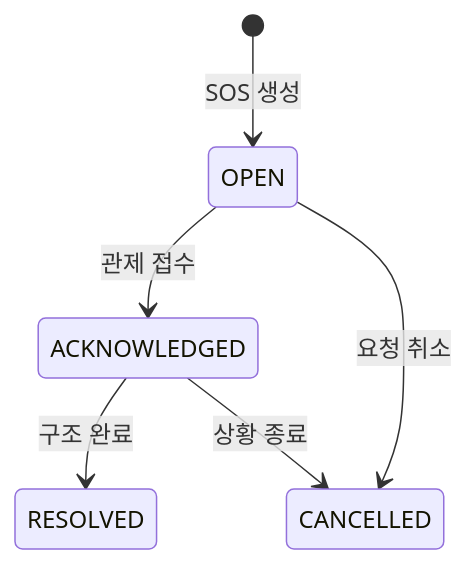
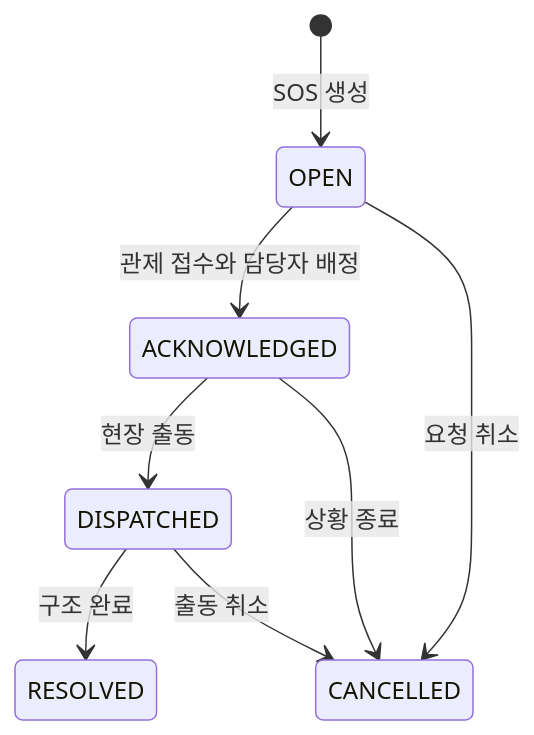
Before and after one commit to xweoze/real-time-monitoring-system: the tenth of 11 diagrams in Design_22212023_김지훈.md, drawn with Mermaid. The commit also changed other lines of this file and 38 other files, not shown here.

````diff
--- a/Design_22212023_김지훈.md
+++ b/Design_22212023_김지훈.md
@@ -415,8 +452,10 @@
 ```mermaid
 stateDiagram-v2
     [*] --> OPEN: SOS 생성
-    OPEN --> ACKNOWLEDGED: 관제 접수
-    ACKNOWLEDGED --> RESOLVED: 구조 완료
+    OPEN --> ACKNOWLEDGED: 관제 접수와 담당자 배정
+    ACKNOWLEDGED --> DISPATCHED: 현장 출동
+    DISPATCHED --> RESOLVED: 구조 완료
     OPEN --> CANCELLED: 요청 취소
     ACKNOWLEDGED --> CANCELLED: 상황 종료
+    DISPATCHED --> CANCELLED: 출동 취소
 ```
````
